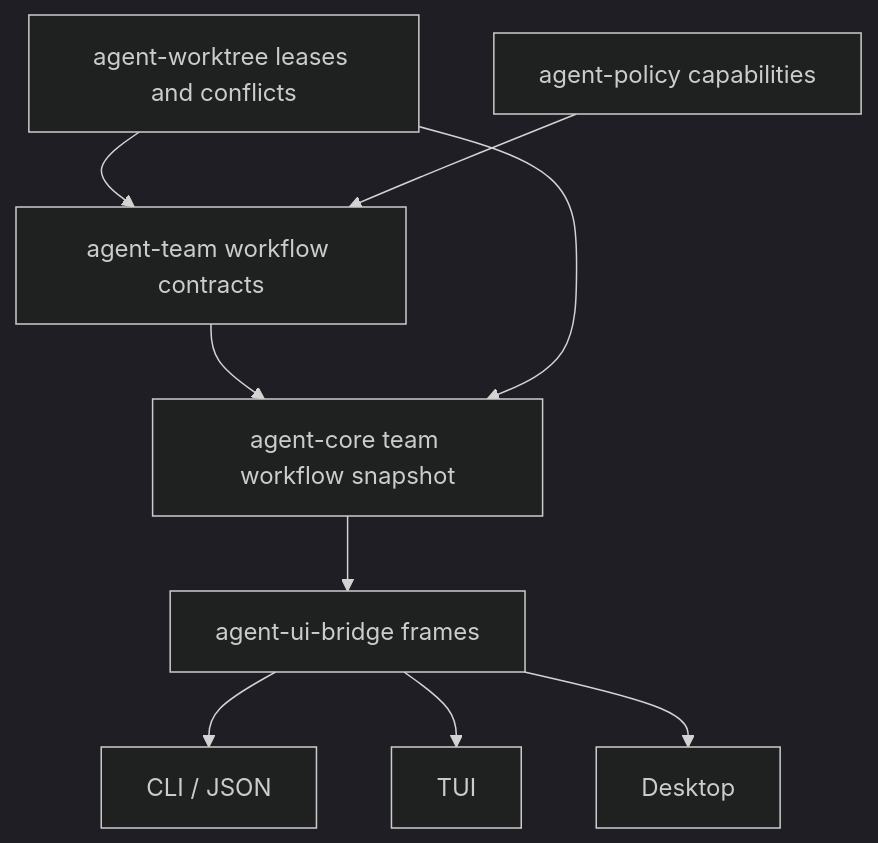
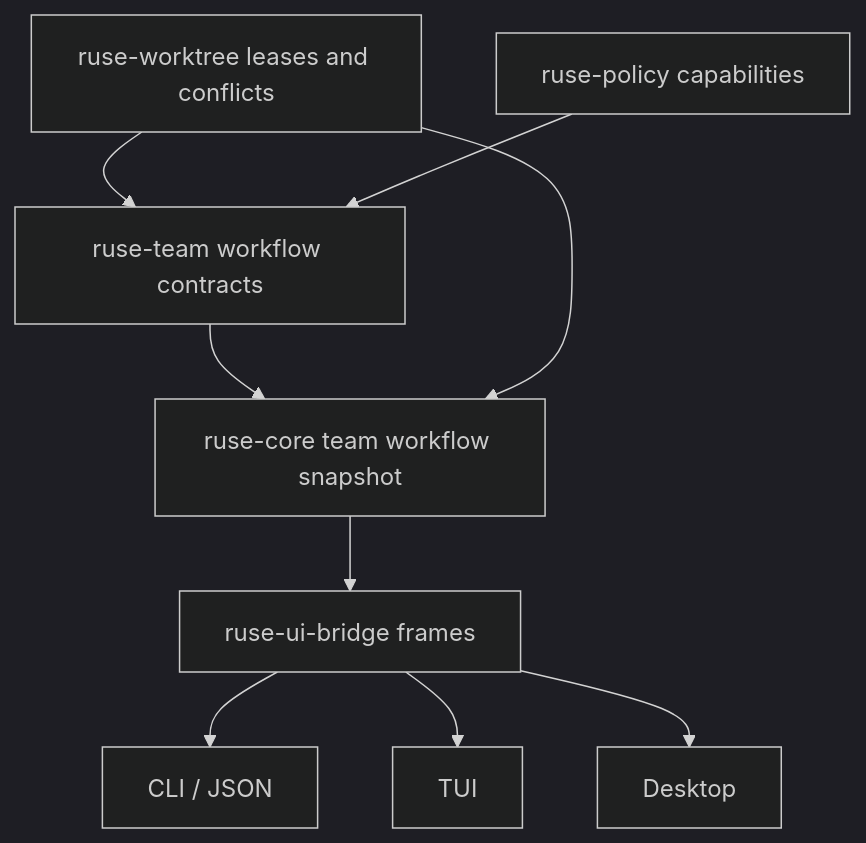
One commit to poneding/agent changed the diagram in docs/specs/M63-worktree-agent-team-workflows.spec.md. Above: the diagram before and after it, drawn with Mermaid (dark theme). The commit also changed other lines of this file and 2091 other files, not shown here.

First line of the commit message:
refactor: rename agent branding to ruse

````diff
--- a/docs/specs/M63-worktree-agent-team-workflows.spec.md
+++ b/docs/specs/M63-worktree-agent-team-workflows.spec.md
@@ -49,11 +49,11 @@
 ```mermaid
 flowchart TD
-  Worktree["agent-worktree leases and conflicts"] --> Team["agent-team workflow contracts"]
-  Policy["agent-policy capabilities"] --> Team
-  Team --> Core["agent-core team workflow snapshot"]
+  Worktree["ruse-worktree leases and conflicts"] --> Team["ruse-team workflow contracts"]
+  Policy["ruse-policy capabilities"] --> Team
+  Team --> Core["ruse-core team workflow snapshot"]
   Worktree --> Core
-  Core --> Bridge["agent-ui-bridge frames"]
+  Core --> Bridge["ruse-ui-bridge frames"]
   Bridge --> CLI["CLI / JSON"]
   Bridge --> TUI["TUI"]
   Bridge --> Desktop["Desktop"]
 ```
````
